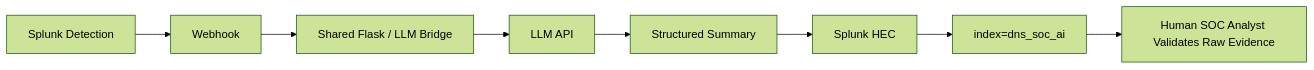
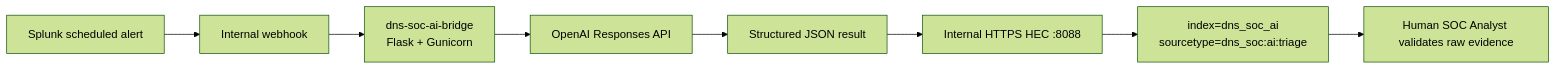
Before and after one commit to DNS-SOC-Lab/DNS-Lab-Infrastructure: the diagram in 04-ai-integration/README.md, drawn with Mermaid (forest theme). The commit also changed other lines of this file and 3 other files, not shown here.

````diff
--- a/04-ai-integration/README.md
+++ b/04-ai-integration/README.md
@@ -7,10 +7,10 @@
 ```mermaid
 flowchart LR
-    A[Splunk Detection] --> B[Webhook]
-    B --> C[Shared Flask / LLM Bridge]
-    C --> D[LLM API]
-    D --> E[Structured Summary]
-    E --> F[Splunk HEC]
-    F --> G[index=dns_soc_ai]
-    G --> H[Human SOC Analyst Validates Raw Evidence]
+    A[Splunk scheduled alert] --> B[Internal webhook]
+    B --> C[dns-soc-ai-bridge\nFlask + Gunicorn]
+    C --> D[OpenAI Responses API]
+    D --> E[Structured JSON result]
+    E --> F[Internal HTTPS HEC :8088]
+    F --> G[index=dns_soc_ai\nsourcetype=dns_soc:ai:triage]
+    G --> H[Human SOC Analyst validates raw evidence]
 ```
````
